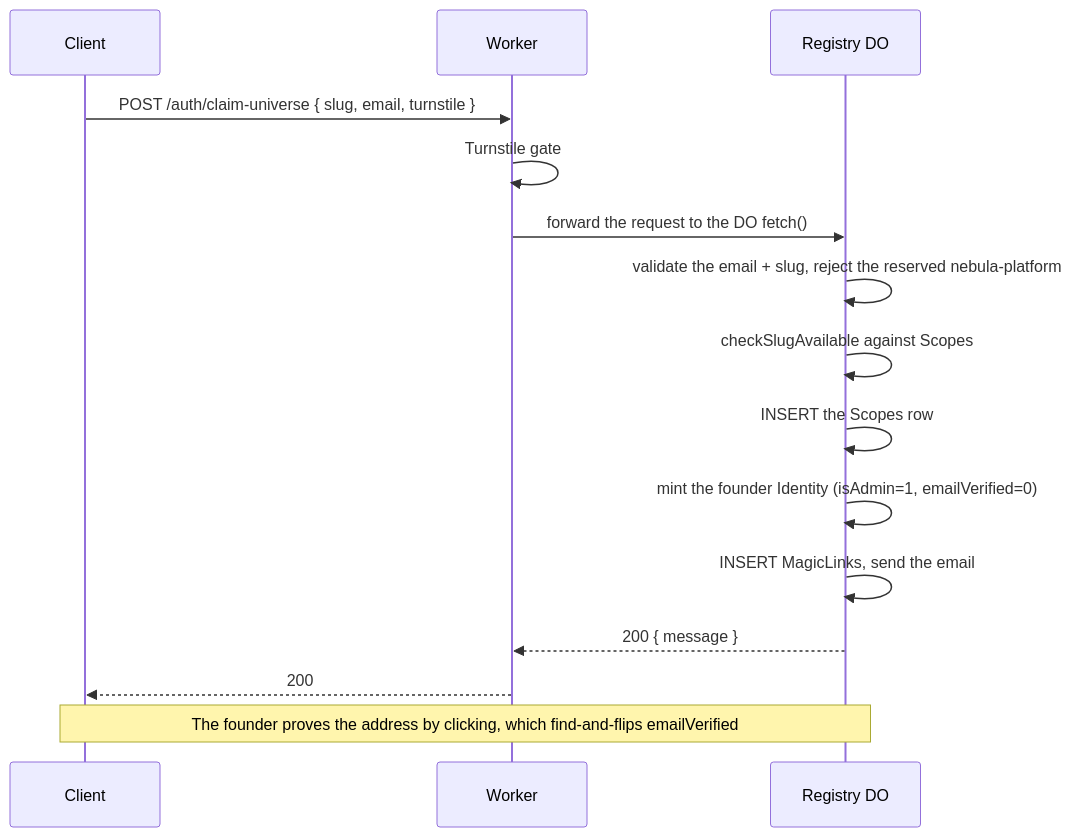
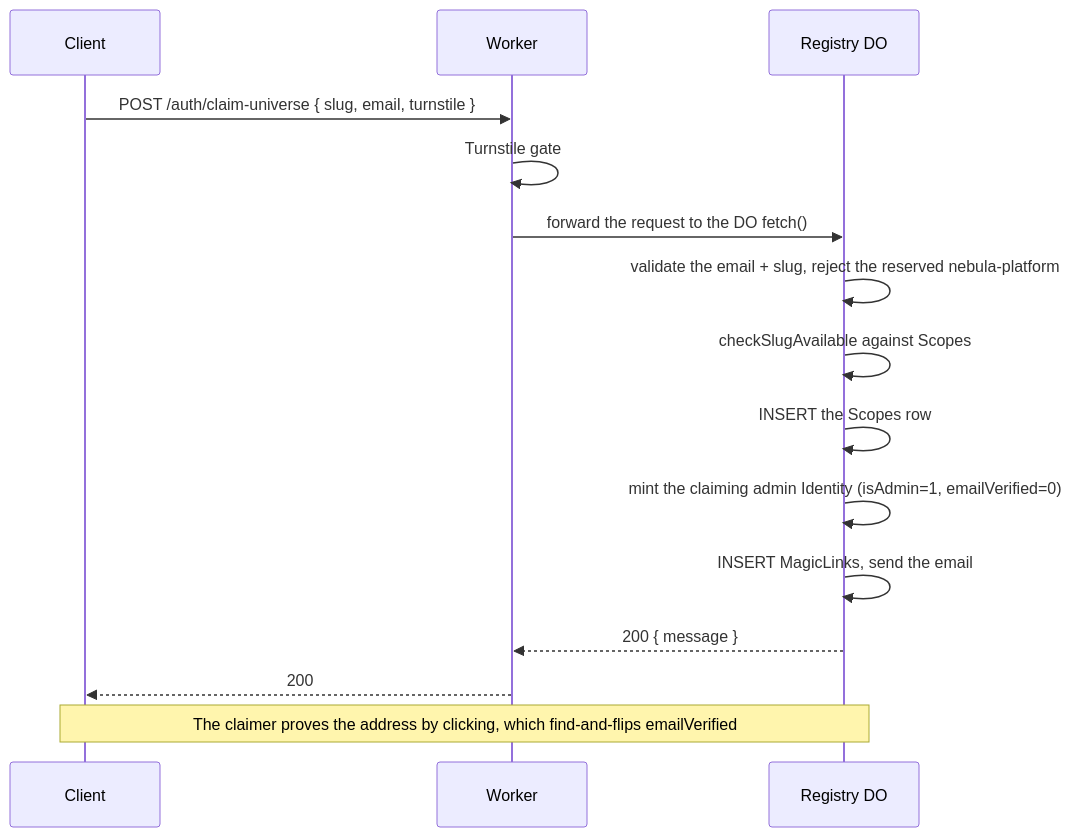
The fourth of 8 diagrams in packages/nebula-auth/README.md (lumenize/lumenize), drawn with Mermaid before and after one commit. The commit also changed other lines of this file and 70 other files, not shown here.

````diff
--- a/packages/nebula-auth/README.md
+++ b/packages/nebula-auth/README.md
@@ -272,19 +272,19 @@
 ```mermaid
 sequenceDiagram
     participant C as Client
     participant W as Worker
     participant R as Registry DO
 
     C->>W: POST /auth/claim-universe { slug, email, turnstile }
     W->>W: Turnstile gate
     W->>R: forward the request to the DO fetch()
     R->>R: validate the email + slug, reject the reserved nebula-platform
     R->>R: checkSlugAvailable against Scopes
     R->>R: INSERT the Scopes row
-    R->>R: mint the founder Identity (isAdmin=1, emailVerified=0)
+    R->>R: mint the claiming admin Identity (isAdmin=1, emailVerified=0)
     R->>R: INSERT MagicLinks, send the email
     R-->>W: 200 { message }
     W-->>C: 200
 
-    Note over C,R: The founder proves the address by clicking, which find-and-flips emailVerified
+    Note over C,R: The claimer proves the address by clicking, which find-and-flips emailVerified
 ```
````
